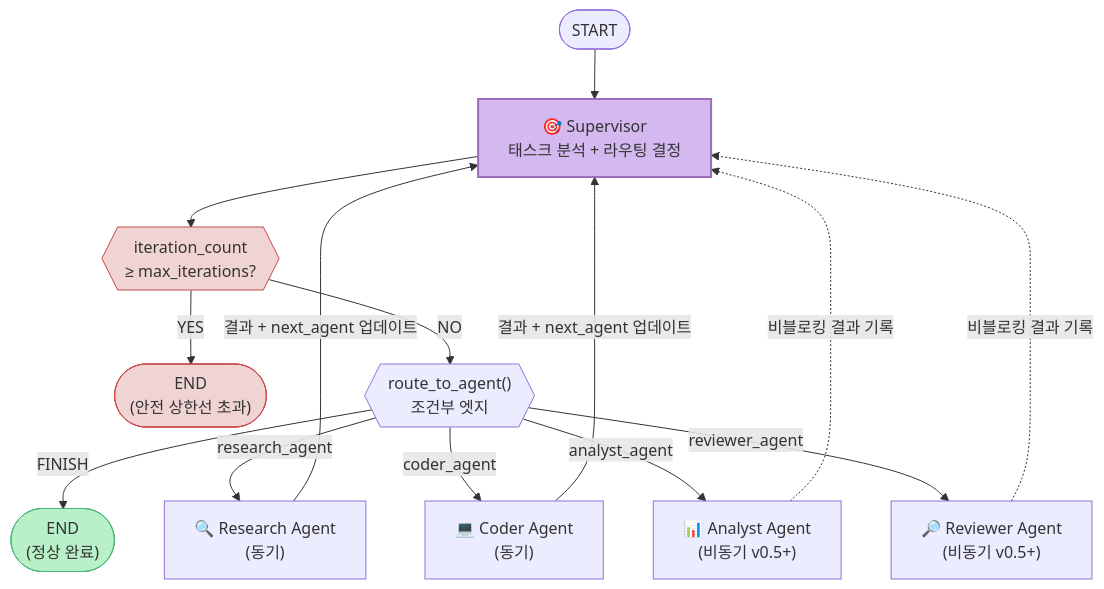
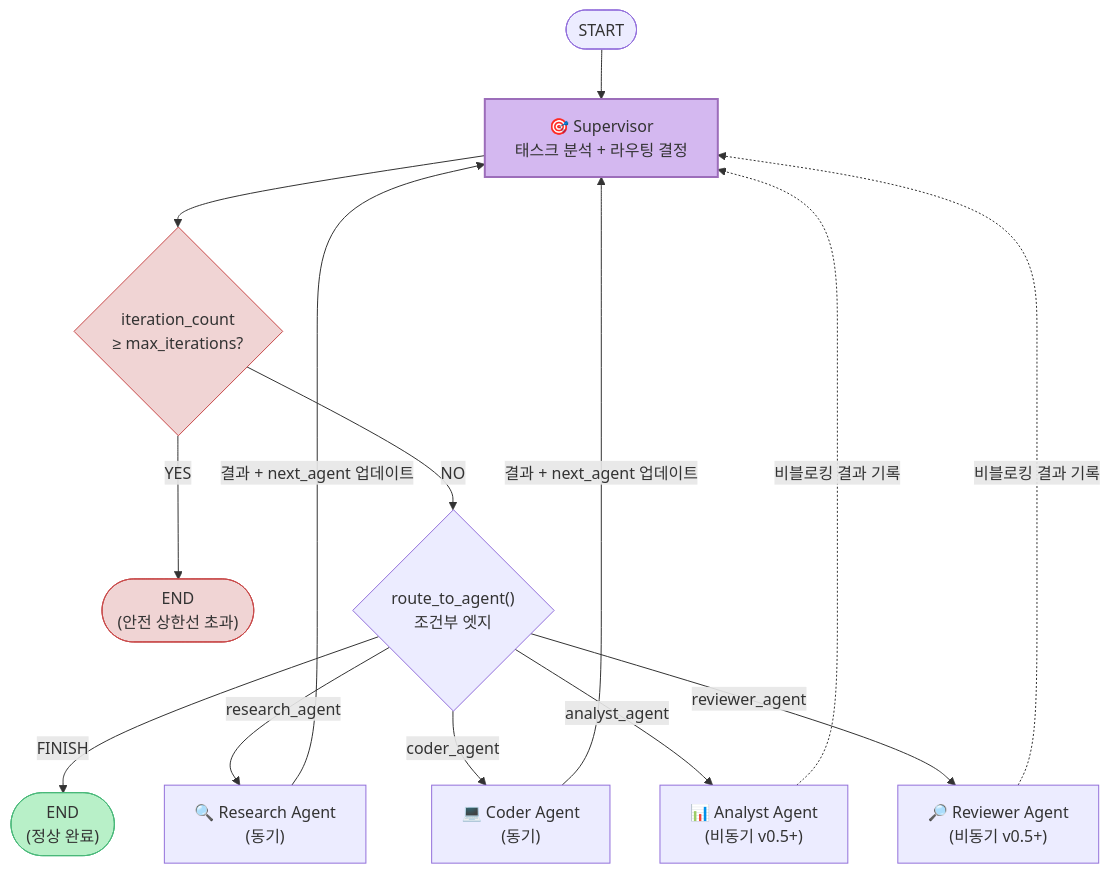
One commit to k82022603/k82022603.github.io changed the fourth of 12 diagrams in _posts/2026-05-05-langgraph-langchain-기반-hub-and-spoke-아키텍처-정의서.md. Above: the diagram before and after it, drawn with Mermaid.

Commit message:
auto: sync wiki to blog [2026-05-05 15:11:59]

````diff
--- a/_posts/2026-05-05-langgraph-langchain-기반-hub-and-spoke-아키텍처-정의서.md
+++ b/_posts/2026-05-05-langgraph-langchain-기반-hub-and-spoke-아키텍처-정의서.md
@@ -552,26 +552,26 @@
 ```mermaid
 flowchart TD
     Start(["START"]) --> Supervisor
 
     Supervisor["🎯 Supervisor\n태스크 분석 + 라우팅 결정"]
 
-    Supervisor --> Safety{{"iteration_count\n≥ max_iterations?"}}
+    Supervisor --> Safety{"iteration_count\n≥ max_iterations?"}
     Safety -->|"YES"| END1(["END\n(안전 상한선 초과)"])
-    Safety -->|"NO"| Router{{"route_to_agent()\n조건부 엣지"}}
+    Safety -->|"NO"| Router{"route_to_agent()\n조건부 엣지"}
 
     Router -->|"FINISH"| END2(["END\n(정상 완료)"])
     Router -->|"research_agent"| R["🔍 Research Agent\n(동기)"]
     Router -->|"coder_agent"| C["💻 Coder Agent\n(동기)"]
     Router -->|"analyst_agent"| A["📊 Analyst Agent\n(비동기 v0.5+)"]
     Router -->|"reviewer_agent"| V["🔎 Reviewer Agent\n(비동기 v0.5+)"]
 
     R -->|"결과 + next_agent 업데이트"| Supervisor
     C -->|"결과 + next_agent 업데이트"| Supervisor
     A -.->|"비블로킹 결과 기록"| Supervisor
     V -.->|"비블로킹 결과 기록"| Supervisor
 
     style Supervisor fill:#d4b8f0,stroke:#9c6dba,stroke-width:2px
     style Safety fill:#f0d4d4,stroke:#c84a4a
     style END1 fill:#f0d4d4,stroke:#c84a4a
     style END2 fill:#b8f0c8,stroke:#4ab87a
 ```
````
